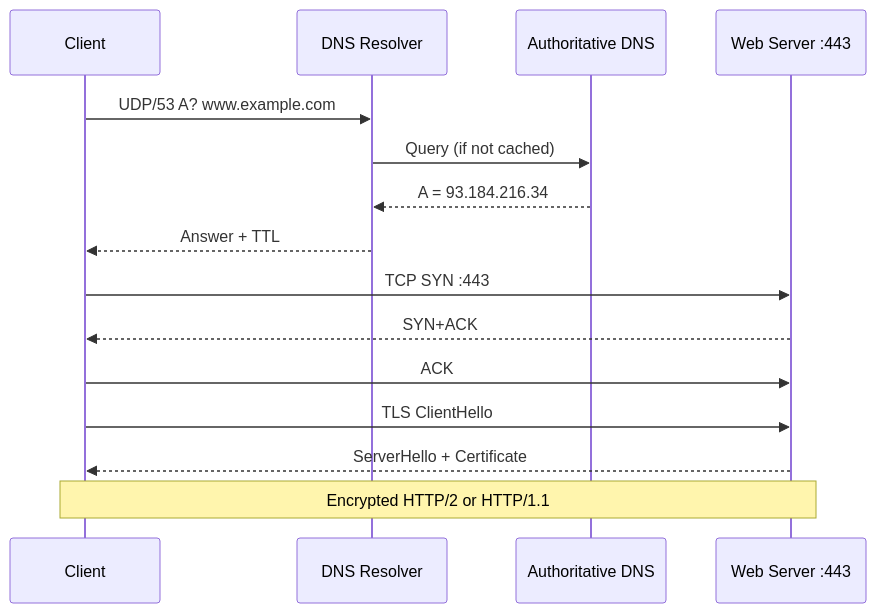
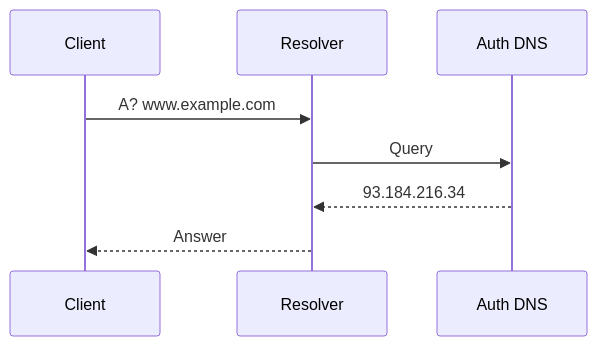
The tenth of 16 diagrams in learning/11-protocols-reference.md (omnayak27199/pktana), drawn with Mermaid before and after one commit. The commit also changed other lines of this file and 14 other files, not shown here.

First line of the commit message:
docs: rewrite Learn path with diagrams, quizzes, and protocol links

````diff
--- a/learning/11-protocols-reference.md
+++ b/learning/11-protocols-reference.md
@@ -253,17 +232,10 @@
 ```mermaid
 sequenceDiagram
-  participant Client
-  participant Resolver as DNS Resolver
-  participant Auth as Authoritative DNS
-  participant Web as Web Server :443
-  Client->>Resolver: UDP/53 A? www.example.com
-  Resolver->>Auth: Query (if not cached)
-  Auth-->>Resolver: A = 93.184.216.34
-  Resolver-->>Client: Answer + TTL
-  Client->>Web: TCP SYN :443
-  Web-->>Client: SYN+ACK
-  Client->>Web: ACK
-  Client->>Web: TLS ClientHello
-  Web-->>Client: ServerHello + Certificate
-  Note over Client,Web: Encrypted HTTP/2 or HTTP/1.1
+  participant C as Client
+  participant R as Resolver
+  participant A as Auth DNS
+  C->>R: A? www.example.com
+  R->>A: Query
+  A-->>R: 93.184.216.34
+  R-->>C: Answer
 ```
````
